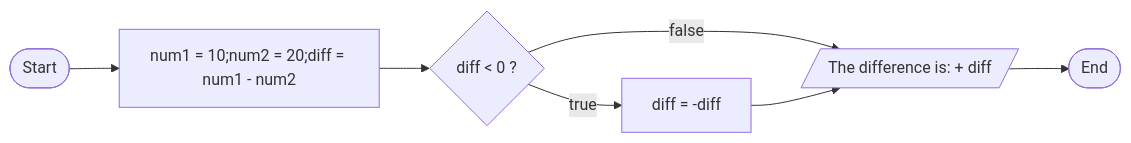
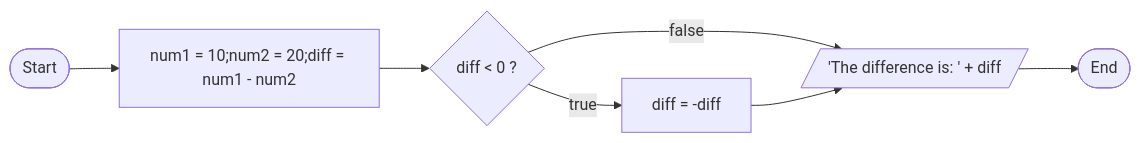
Before and after one commit to afzalimdad9/JS-Notes: the second of 9 diagrams in README.MD, drawn with Mermaid.

Commit message:
If flow chart

````diff
--- a/README.MD
+++ b/README.MD
@@ -754,9 +754,9 @@
 ```mermaid
 graph LR
   A([Start]) --> B[num1 = 10;num2 = 20;diff = num1 - num2]
   B--> E{diff < 0 ?}
   E -->|true| F[diff = -diff]
-  E -->|false| G[/"The difference is: " + diff/]
+  E -->|false| G[/'The difference is: ' + diff/]
   F --> G
   G --> H([End])
 ```
````
